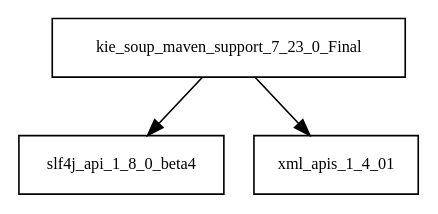
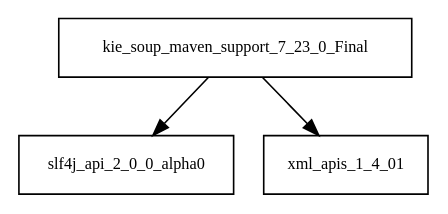
Before and after one commit to Hack23/cia: the diagram in tattleTaleReport/graphviz/kie-soup-maven-support-7.23.0.Final.jar/kie-soup-maven-support-7.23.0.Final.jar.dot, drawn with Graphviz. The commit also changed 4856 other files, not shown here.

```diff
--- a/tattleTaleReport/graphviz/kie-soup-maven-support-7.23.0.Final.jar/kie-soup-maven-support-7.23.0.Final.jar.dot
+++ b/tattleTaleReport/graphviz/kie-soup-maven-support-7.23.0.Final.jar/kie-soup-maven-support-7.23.0.Final.jar.dot
@@ -1,5 +1,5 @@
 digraph kie_soup_maven_support_7_23_0_Final_dependencies {
   node [shape = box, fontsize=10.0];
-  kie_soup_maven_support_7_23_0_Final -> slf4j_api_1_8_0_beta4;
+  kie_soup_maven_support_7_23_0_Final -> slf4j_api_2_0_0_alpha0;
   kie_soup_maven_support_7_23_0_Final -> xml_apis_1_4_01;
 }
```
